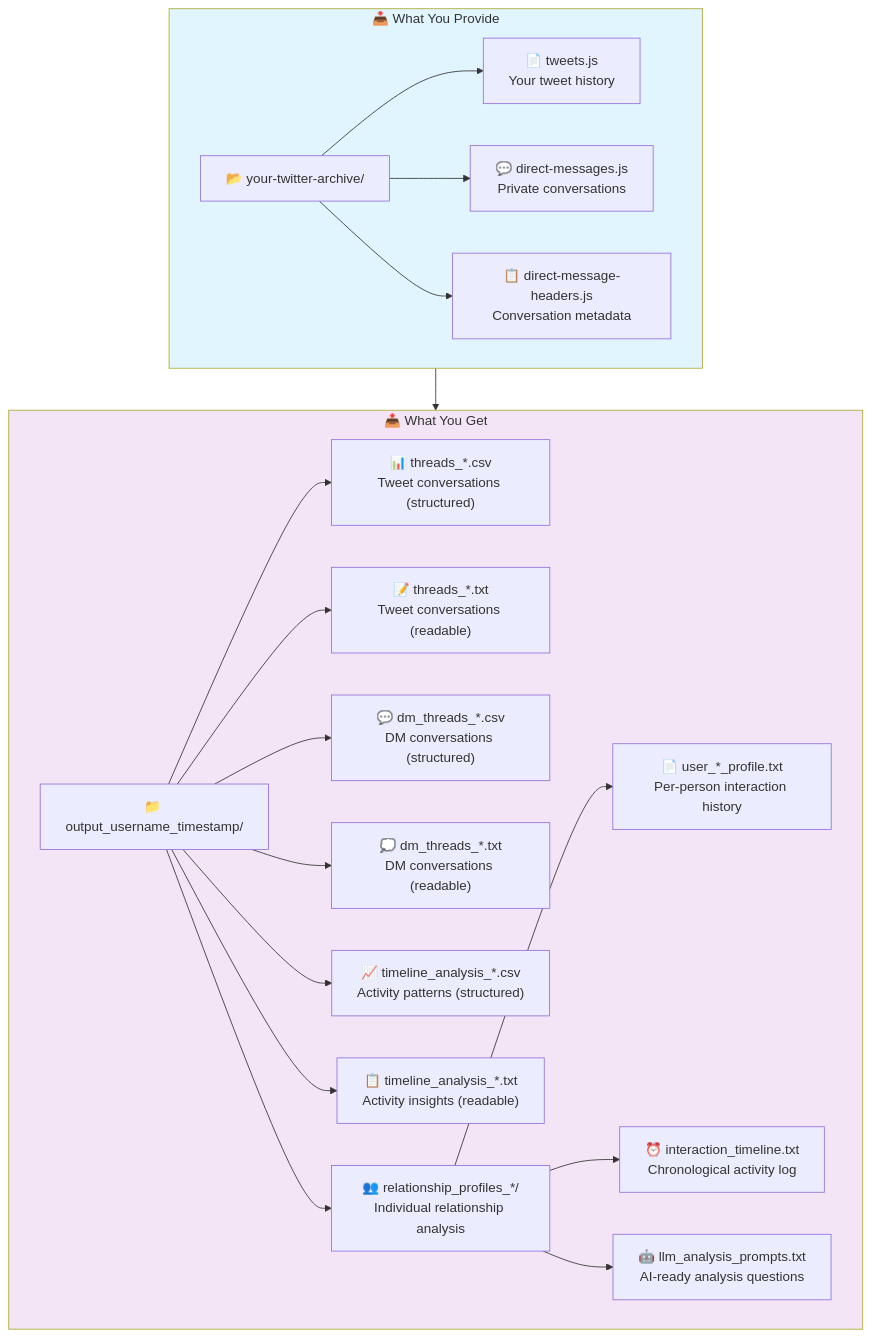
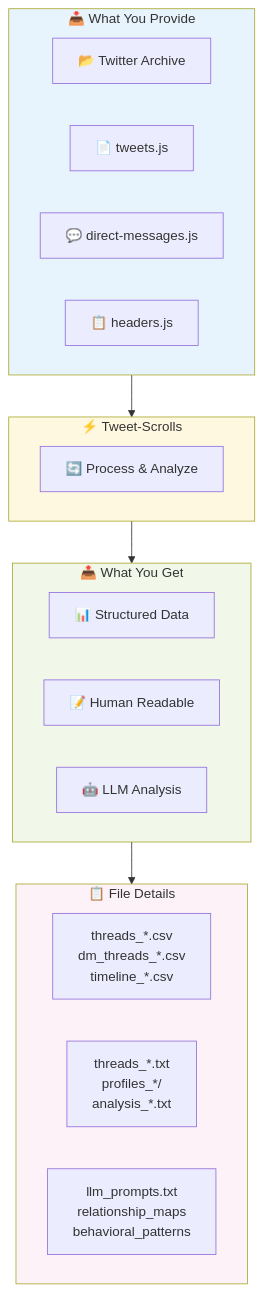
The first of 5 diagrams in ReadMe.md (that-in-rust/tweet-scrolls), drawn with Mermaid before and after one commit. The commit also changed other lines of this file, not shown here.

````diff
--- a/ReadMe.md
+++ b/ReadMe.md
@@ -8,28 +8,36 @@
 ```mermaid
-graph TB
-    subgraph Input ["📥 What You Provide"]
-        A["📂 your-twitter-archive/"]
-        A --> B["📄 tweets.js<br/>Your tweet history"]
-        A --> C["💬 direct-messages.js<br/>Private conversations"]
-        A --> D["📋 direct-message-headers.js<br/>Conversation metadata"]
+flowchart TD
+    subgraph input ["📥 What You Provide"]
+        A[📂 Twitter Archive]
+        A1[📄 tweets.js]
+        A2[💬 direct-messages.js]
+        A3[📋 headers.js]
     end
     
-    subgraph Output ["📤 What You Get"]
-        E["📁 output_username_timestamp/"]
-        E --> F["📊 threads_*.csv<br/>Tweet conversations (structured)"]
-        E --> G["📝 threads_*.txt<br/>Tweet conversations (readable)"]
-        E --> H["💬 dm_threads_*.csv<br/>DM conversations (structured)"]
-        E --> I["💭 dm_threads_*.txt<br/>DM conversations (readable)"]
-        E --> J["📈 timeline_analysis_*.csv<br/>Activity patterns (structured)"]
-        E --> K["📋 timeline_analysis_*.txt<br/>Activity insights (readable)"]
-        E --> L["👥 relationship_profiles_*/<br/>Individual relationship analysis"]
-        L --> M["📄 user_*_profile.txt<br/>Per-person interaction history"]
-        L --> N["⏰ interaction_timeline.txt<br/>Chronological activity log"]
-        L --> O["🤖 llm_analysis_prompts.txt<br/>AI-ready analysis questions"]
+    input --> process
+    
+    subgraph process ["⚡ Tweet-Scrolls"]
+        P[🔄 Process & Analyze]
     end
     
-    Input --> Output
+    process --> output
     
-    style Input fill:#e1f5fe
-    style Output fill:#f3e5f5
+    subgraph output ["📤 What You Get"]
+        B[📊 Structured Data]
+        B1[📝 Human Readable] 
+        B2[🤖 LLM Analysis]
+    end
+    
+    output --> details
+    
+    subgraph details ["📋 File Details"]
+        B3[threads_*.csv<br/>dm_threads_*.csv<br/>timeline_*.csv]
+        B4[threads_*.txt<br/>profiles_*/<br/>analysis_*.txt]
+        B5[llm_prompts.txt<br/>relationship_maps<br/>behavioral_patterns]
+    end
+    
+    style input fill:#e8f4fd
+    style process fill:#fff8e1
+    style output fill:#f1f8e9
+    style details fill:#fdf2f8
 ```
````
